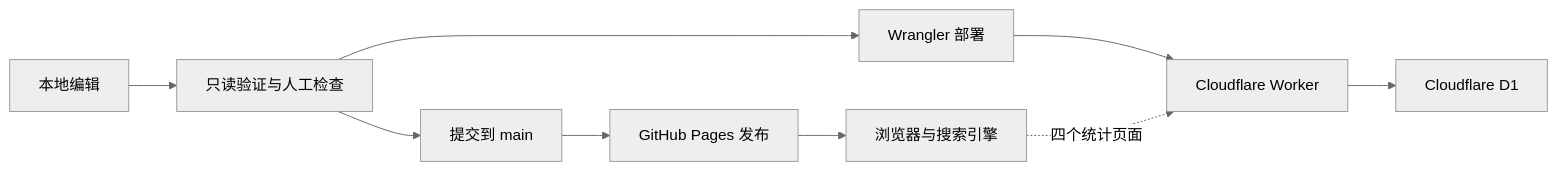
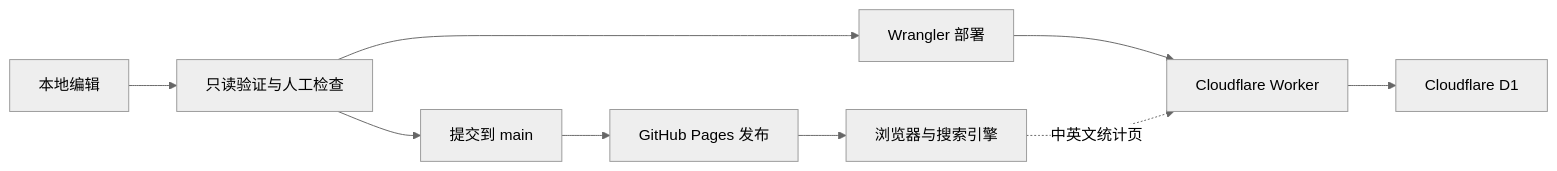
One commit to Yan-ShiBo/Yan-ShiBo.github.io changed the fifth of 5 diagrams in docs/architecture.md. Above: the diagram before and after it, drawn with Mermaid (neutral theme). The commit also changed other lines of this file and 19 other files, not shown here.

````diff
--- a/docs/architecture.md
+++ b/docs/architecture.md
@@ -335,11 +333,11 @@
 ```mermaid
 flowchart LR
     Edit["本地编辑"] --> Validate["只读验证与人工检查"]
     Validate --> Commit["提交到 main"]
     Commit --> Pages["GitHub Pages 发布"]
     Pages --> Browser["浏览器与搜索引擎"]
     Validate --> WorkerDeploy["Wrangler 部署"]
     WorkerDeploy --> Worker["Cloudflare Worker"]
     Worker --> D1["Cloudflare D1"]
-    Browser -. "四个统计页面" .-> Worker
+    Browser -. "中英文统计页" .-> Worker
 ```
````
